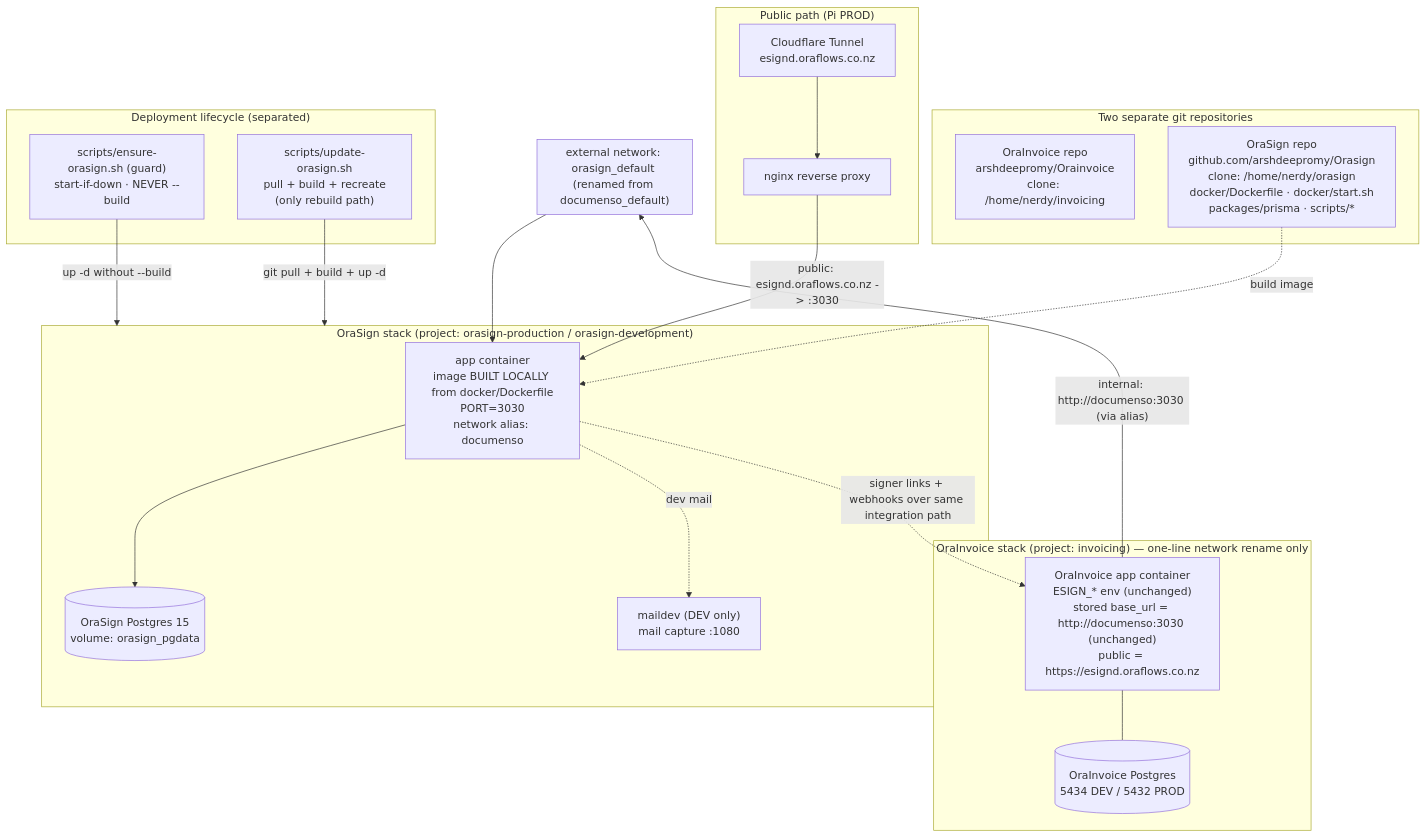
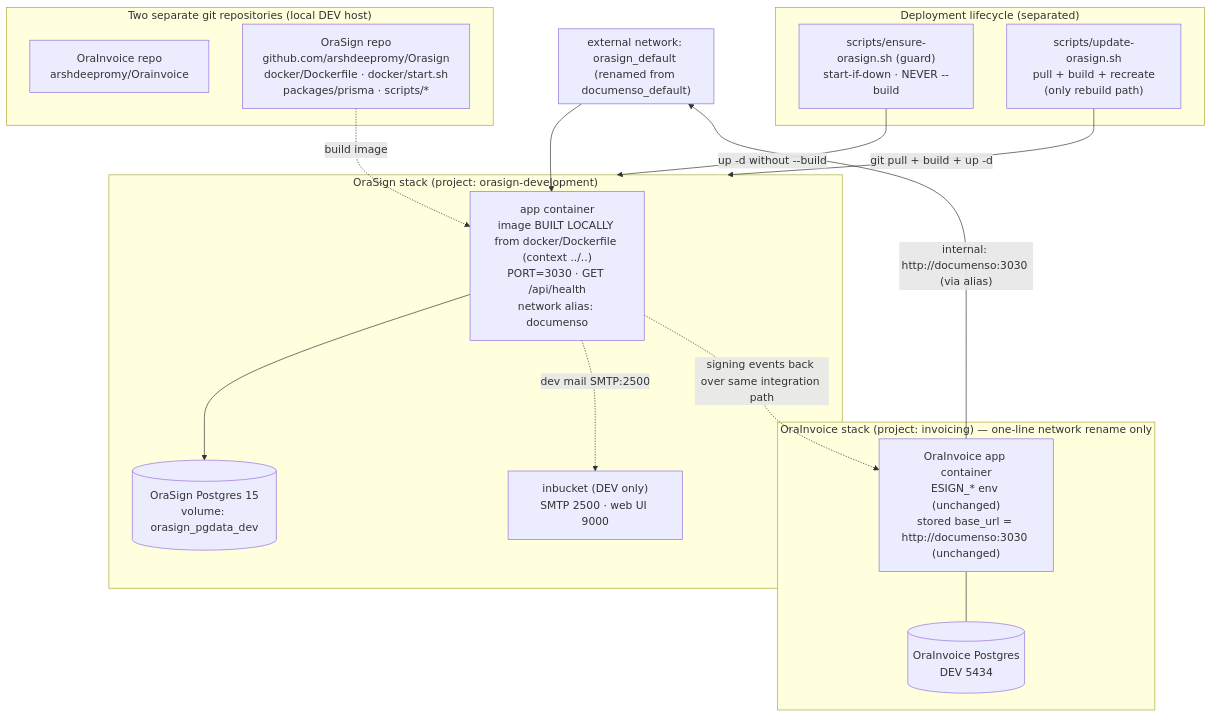
The diagram in .kiro/specs/orasign-standalone-deployment/design.md (arshdeepromy/Orainvoice), drawn with Mermaid before and after one commit. The commit also changed other lines of this file and 2 other files, not shown here.

First line of the commit message:
Scope orasign-standalone-deployment to local DEV + close code-assumption gaps

````diff
--- a/.kiro/specs/orasign-standalone-deployment/design.md
+++ b/.kiro/specs/orasign-standalone-deployment/design.md
@@ -65,43 +77,36 @@
 ```mermaid
 graph TB
-    subgraph REPOS["Two separate git repositories"]
-        OIR["OraInvoice repo<br/>arshdeepromy/Orainvoice<br/>clone: /home/nerdy/invoicing"]
-        OSR["OraSign repo<br/>github.com/arshdeepromy/Orasign<br/>clone: /home/nerdy/orasign<br/>docker/Dockerfile · docker/start.sh<br/>packages/prisma · scripts/*"]
-    end
-
-    subgraph CF["Public path (Pi PROD)"]
-        Tunnel["Cloudflare Tunnel<br/>esignd.oraflows.co.nz"]
-        Nginx["nginx reverse proxy"]
+    subgraph REPOS["Two separate git repositories (local DEV host)"]
+        OIR["OraInvoice repo<br/>arshdeepromy/Orainvoice"]
+        OSR["OraSign repo<br/>github.com/arshdeepromy/Orasign<br/>docker/Dockerfile · docker/start.sh<br/>packages/prisma · scripts/*"]
     end
 
     subgraph OINV["OraInvoice stack (project: invoicing) — one-line network rename only"]
-        OApp["OraInvoice app container<br/>ESIGN_* env (unchanged)<br/>stored base_url = http://documenso:3030 (unchanged)<br/>public = https://esignd.oraflows.co.nz"]
-        ODB[("OraInvoice Postgres<br/>5434 DEV / 5432 PROD")]
+        OApp["OraInvoice app container<br/>ESIGN_* env (unchanged)<br/>stored base_url = http://documenso:3030 (unchanged)"]
+        ODB[("OraInvoice Postgres<br/>DEV 5434")]
         OApp --- ODB
     end
 
     subgraph NET["external network: orasign_default (renamed from documenso_default)"]
     end
 
-    subgraph OSIGN["OraSign stack (project: orasign-production / orasign-development)"]
-        SApp["app container<br/>image BUILT LOCALLY from docker/Dockerfile<br/>PORT=3030<br/>network alias: documenso"]
-        SDB[("OraSign Postgres 15<br/>volume: orasign_pgdata")]
-        Mail["maildev (DEV only)<br/>mail capture :1080"]
+    subgraph OSIGN["OraSign stack (project: orasign-development)"]
+        SApp["app container<br/>image BUILT LOCALLY from docker/Dockerfile (context ../..)<br/>PORT=3030 · GET /api/health<br/>network alias: documenso"]
+        SDB[("OraSign Postgres 15<br/>volume: orasign_pgdata_dev")]
+        Mail["inbucket (DEV only)<br/>SMTP 2500 · web UI 9000"]
         SApp --> SDB
-        SApp -.dev mail.-> Mail
+        SApp -.dev mail SMTP:2500.-> Mail
     end
 
     subgraph LIFE["Deployment lifecycle (separated)"]
         Guard["scripts/ensure-orasign.sh (guard)<br/>start-if-down · NEVER --build"]
         Update["scripts/update-orasign.sh<br/>pull + build + recreate<br/>(only rebuild path)"]
     end
 
     OSR -. build image .-> SApp
     Guard -->|up -d without --build| OSIGN
     Update -->|git pull + build + up -d| OSIGN
     OApp -- "internal: http://documenso:3030 (via alias)" --> NET
     NET --> SApp
-    Tunnel --> Nginx
-    Nginx -- "public: esignd.oraflows.co.nz -> :3030" --> SApp
-    SApp -. "signer links + webhooks over same integration path" .-> OApp
+    SApp -. "signing events back over same integration path" .-> OApp
 ```
````
